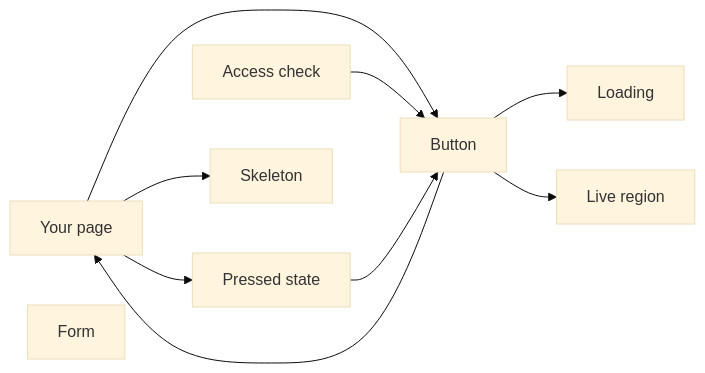
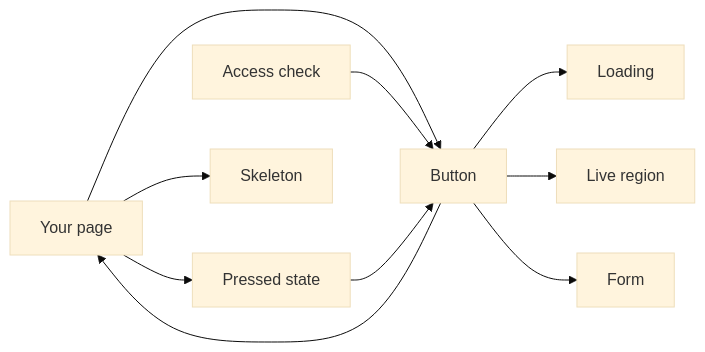
The first of 8 diagrams in projects/pixel-ui/src/lib/pixel-button/DESIGN.md (RajshekharBorate/pixel-ui), drawn with Mermaid (base theme) before and after one commit. The commit also changed other lines of this file and 80 other files, not shown here.

Commit message:
Fill missing design flows and correct the stories that did not match component behavior.

````diff
--- a/projects/pixel-ui/src/lib/pixel-button/DESIGN.md
+++ b/projects/pixel-ui/src/lib/pixel-button/DESIGN.md
@@ -19,19 +19,20 @@
 ```mermaid
 flowchart LR
   page["Your page"]
   button["Button"]
   form["Form"]
   access["Access check"]
   loading["Loading"]
   toggle["Pressed state"]
   live["Live region"]
   skeleton["Skeleton"]
   page --> button
   button --> page
   button --> loading
   button --> live
   access --> button
   page --> toggle
   toggle --> button
   page --> skeleton
+  button --> form
 ```
````
